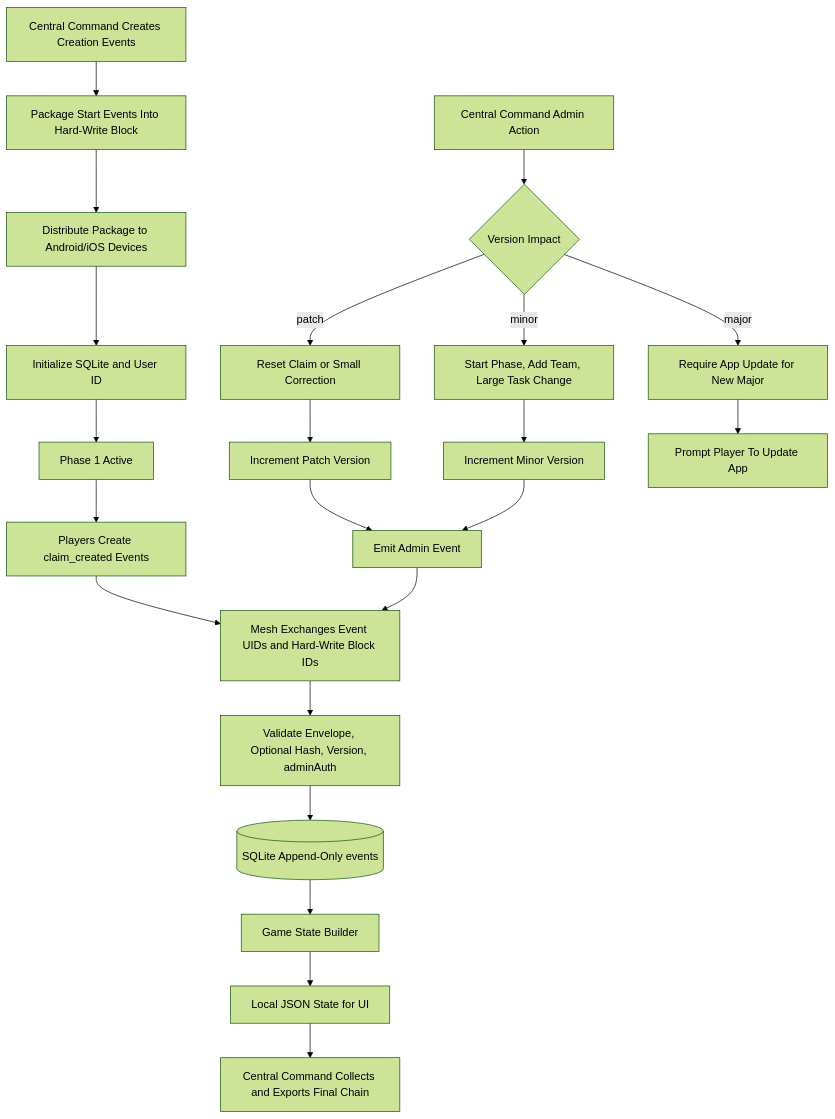
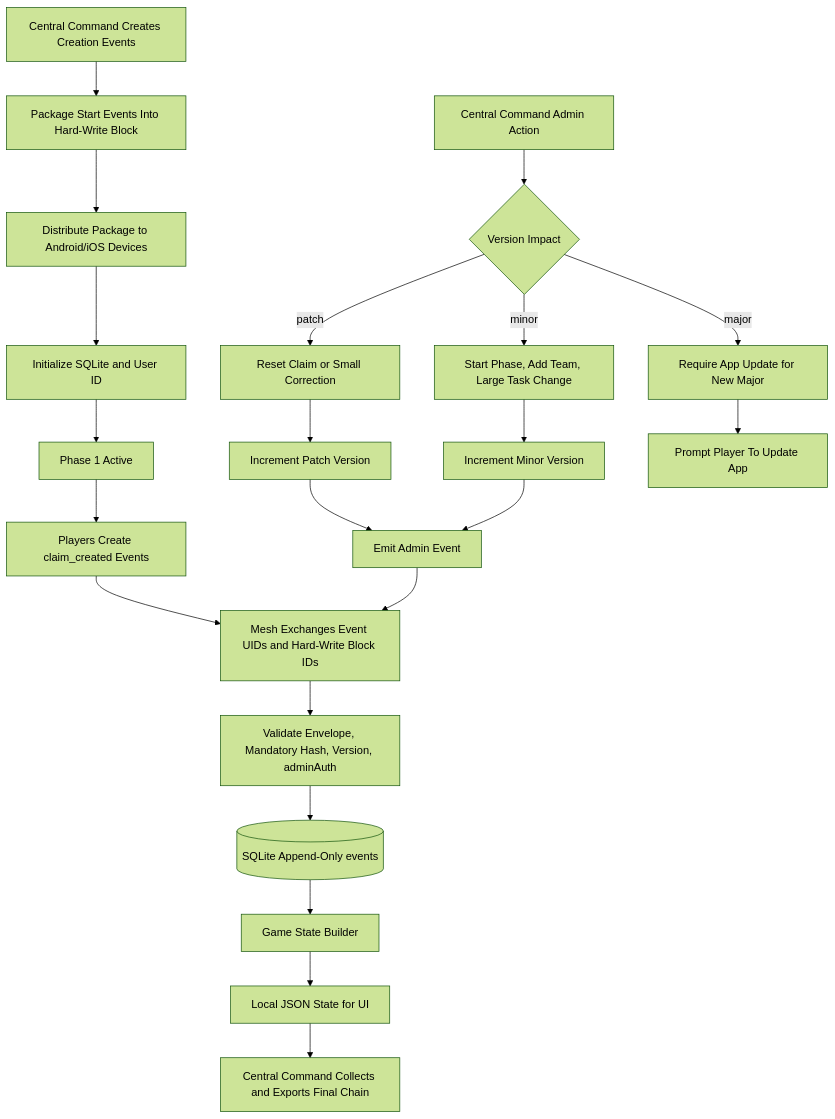
Before and after one commit to Gabriel-Gerdes/HumanHaunt: the fifth of 5 diagrams in docs/design-doc-v1.md, drawn with Mermaid (forest theme). The commit also changed other lines of this file, not shown here.

````diff
--- a/docs/design-doc-v1.md
+++ b/docs/design-doc-v1.md
@@ -851,29 +861,29 @@
 ```mermaid
 flowchart TD
   setup[Central Command Creates Creation Events] --> block[Package Start Events Into Hard-Write Block]
   block --> distribute[Distribute Package to Android/iOS Devices]
   distribute --> initialize[Initialize SQLite and User ID]
   initialize --> phase1[Phase 1 Active]
 
   phase1 --> claims[Players Create claim_created Events]
   claims --> mesh[Mesh Exchanges Event UIDs and Hard-Write Block IDs]
 
   admin_action[Central Command Admin Action] --> classify{Version Impact}
   classify -->|patch| patch[Reset Claim or Small Correction]
   classify -->|minor| minor[Start Phase, Add Team, Large Task Change]
   classify -->|major| major[Require App Update for New Major]
 
   patch --> increment_patch[Increment Patch Version]
   minor --> increment_minor[Increment Minor Version]
   major --> update_prompt[Prompt Player To Update App]
 
   increment_patch --> emit[Emit Admin Event]
   increment_minor --> emit
   emit --> mesh
 
-  mesh --> verify[Validate Envelope, Optional Hash, Version, adminAuth]
+  mesh --> verify[Validate Envelope, Mandatory Hash, Version, adminAuth]
   verify --> store[(SQLite Append-Only events)]
   store --> builder[Game State Builder]
   builder --> state[Local JSON State for UI]
   state --> export[Central Command Collects and Exports Final Chain]
 ```
````
